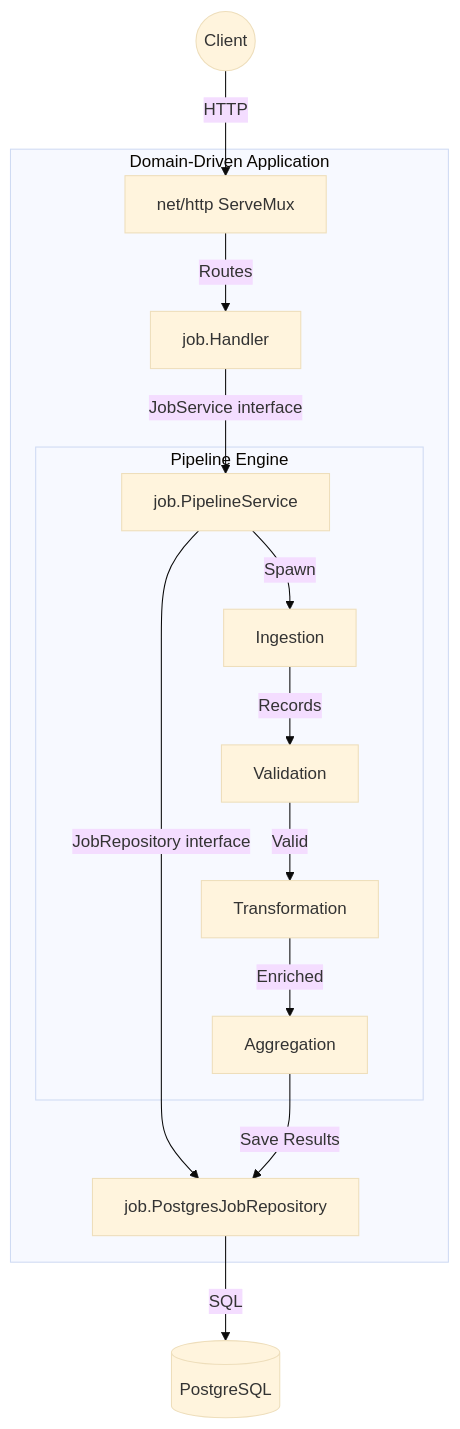
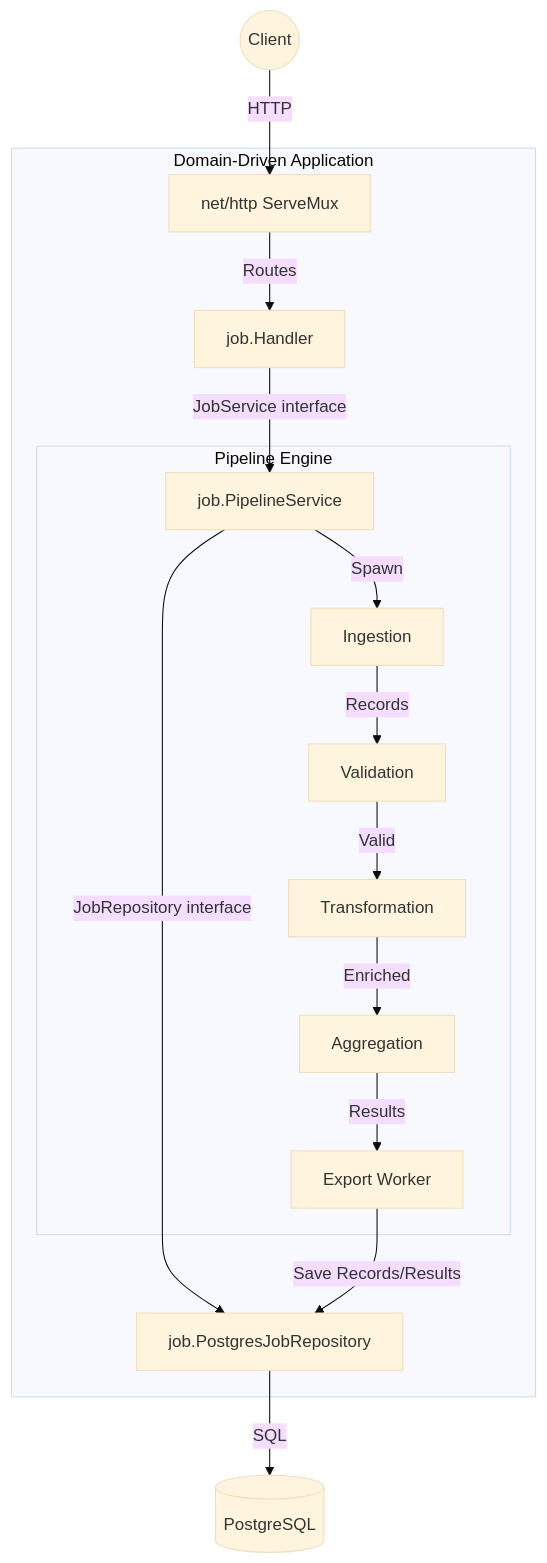
Before and after one commit to narayan-mindfire/data-processor: the diagram in README.md, drawn with Mermaid (base theme). The commit also changed other lines of this file and 1 other file, not shown here.

````diff
--- a/README.md
+++ b/README.md
@@ -28,20 +30,21 @@
 ```mermaid
 graph TD
     Client((Client)) -->|HTTP| Router["net/http ServeMux"]
 
     subgraph "Domain-Driven Application"
         Router -->|Routes| Handler["job.Handler"]
         Handler -->|"JobService interface"| Service["job.PipelineService"]
         Service -->|"JobRepository interface"| Repo["job.PostgresJobRepository"]
 
         subgraph "Pipeline Engine"
             Service -->|Spawn| Ingest[Ingestion]
             Ingest -->|Records| Validate[Validation]
             Validate -->|Valid| Transform[Transformation]
             Transform -->|Enriched| Aggregate[Aggregation]
+            Aggregate -->|Results| Export[Export Worker]
         end
     end
 
     Repo -->|SQL| DB[(PostgreSQL)]
-    Aggregate -->|Save Results| Repo
+    Export -->|Save Records/Results| Repo
 ```
````
